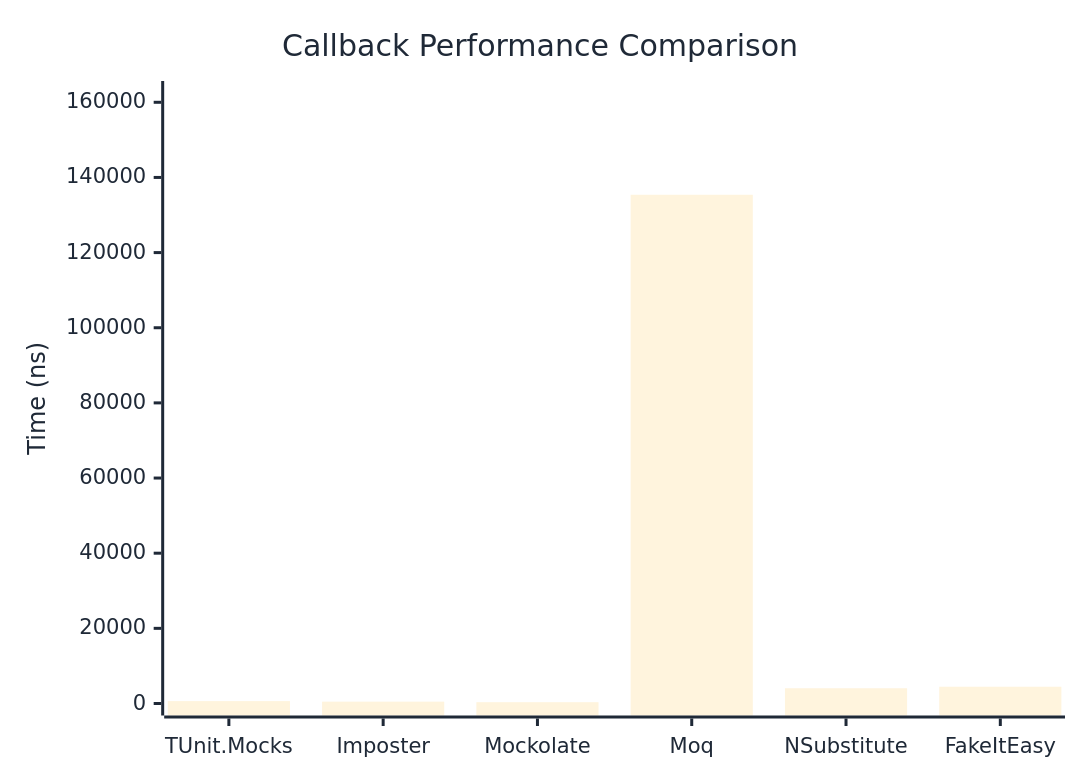
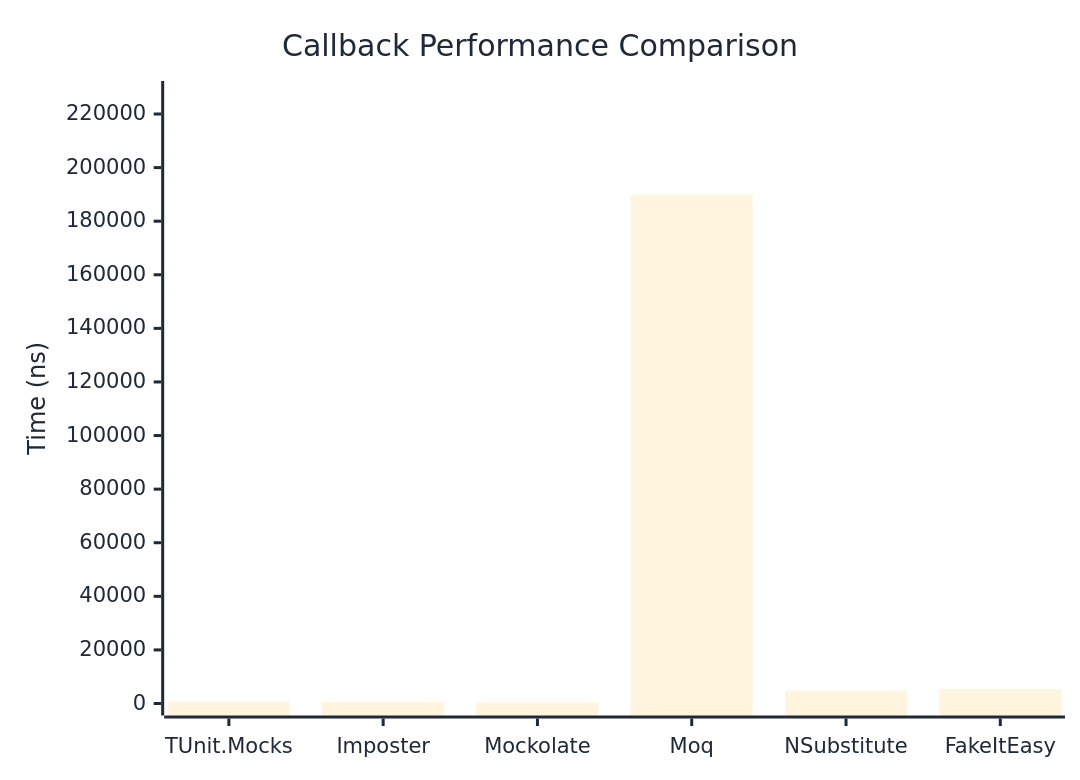
Before and after one commit to thomhurst/TUnit: the first of 2 diagrams in docs/docs/benchmarks/mocks/Callback.md, drawn with Mermaid. The commit also changed other lines of this file and 14 other files, not shown here.

````diff
--- a/docs/docs/benchmarks/mocks/Callback.md
+++ b/docs/docs/benchmarks/mocks/Callback.md
@@ -28,27 +28,27 @@
 ```mermaid
 %%{init: {
   'theme':'base',
   'themeVariables': {
     'primaryColor': '#2563eb',
     'primaryTextColor': '#1f2937',
     'primaryBorderColor': '#1e40af',
     'lineColor': '#6b7280',
     'secondaryColor': '#7c3aed',
     'tertiaryColor': '#dc2626',
     'background': '#ffffff',
     'pie1': '#2563eb',
     'pie2': '#7c3aed',
     'pie3': '#dc2626',
     'pie4': '#f59e0b',
     'pie5': '#10b981',
     'pie6': '#06b6d4',
     'pie7': '#ec4899',
     'pie8': '#6366f1'
   }
 }}%%
 xychart-beta
   title "Callback Performance Comparison"
   x-axis ["TUnit.Mocks", "Imposter", "Mockolate", "Moq", "NSubstitute", "FakeItEasy"]
-  y-axis "Time (ns)" 0 --> 162472
-  bar [640.1, 489.8, 349.3, 135392.8, 4061.1, 4462.2]
+  y-axis "Time (ns)" 0 --> 227841
+  bar [677.1, 515.5, 404.6, 189867.2, 4796.2, 5457.1]
 ```
````
